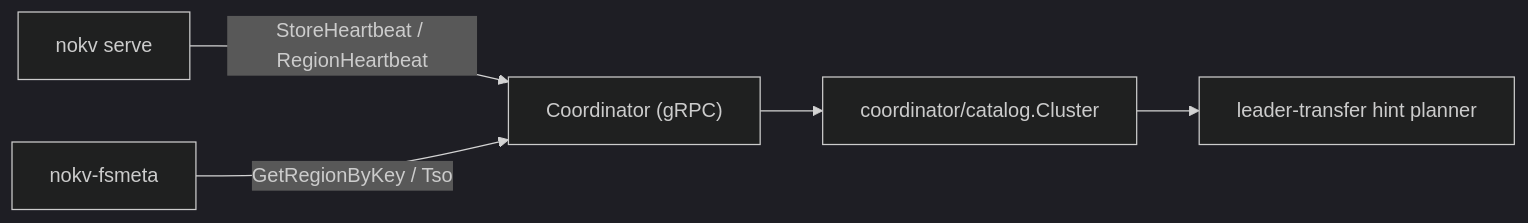
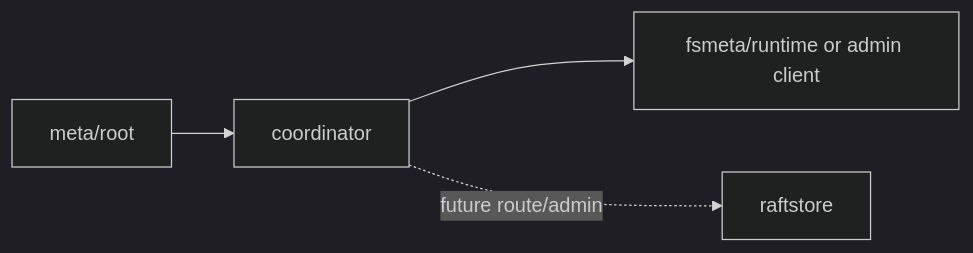
One commit to feichai0017/NoKV changed the diagram in docs/guide/coordinator.md. Above: the diagram before and after it, drawn with Mermaid (dark theme). The commit also changed other lines of this file and 609 other files, not shown here.

````diff
--- a/docs/guide/coordinator.md
+++ b/docs/guide/coordinator.md
@@ -35,7 +25,6 @@
 ```mermaid
 flowchart LR
-    Store["nokv serve"] -->|"StoreHeartbeat / RegionHeartbeat"| Coordinator["Coordinator (gRPC)"]
-    Gateway["nokv-fsmeta"] -->|"GetRegionByKey / Tso"| Coordinator
-    Coordinator --> Cluster["coordinator/catalog.Cluster"]
-    Cluster --> Scheduler["leader-transfer hint planner"]
+    Root["meta/root"] --> Coord["coordinator"]
+    Coord --> Client["fsmeta/runtime or admin client"]
+    Coord -. "future route/admin" .-> Rust["raftstore"]
 ```
````
